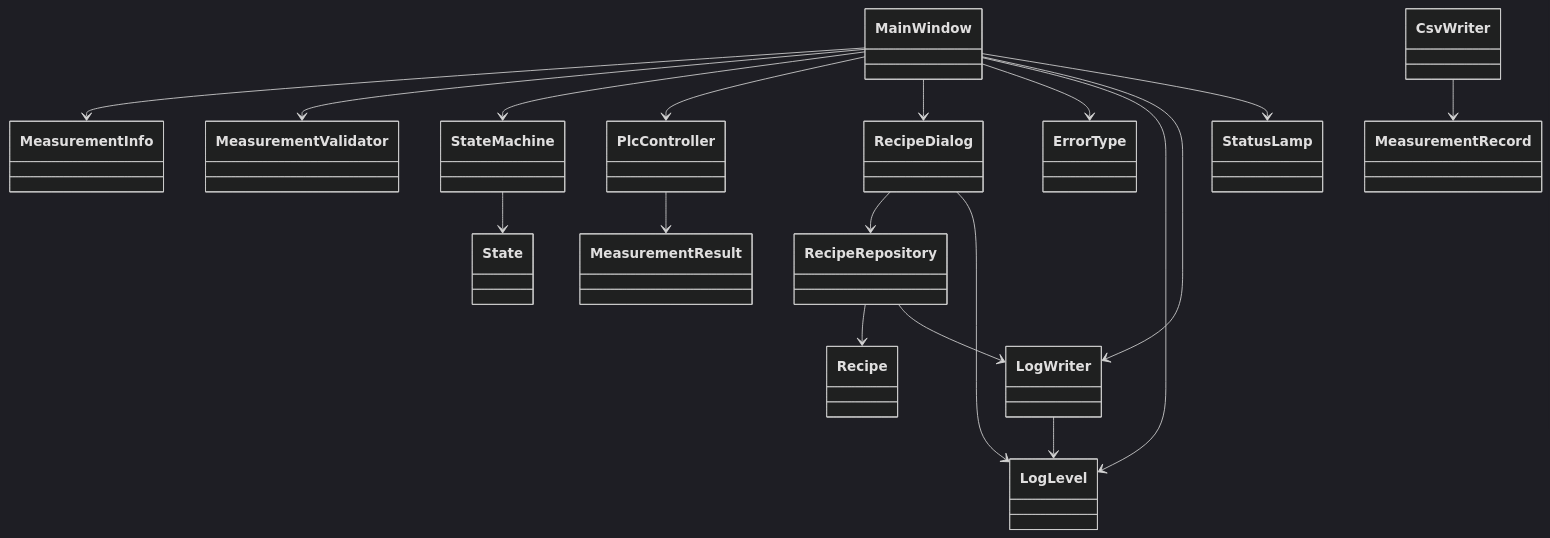
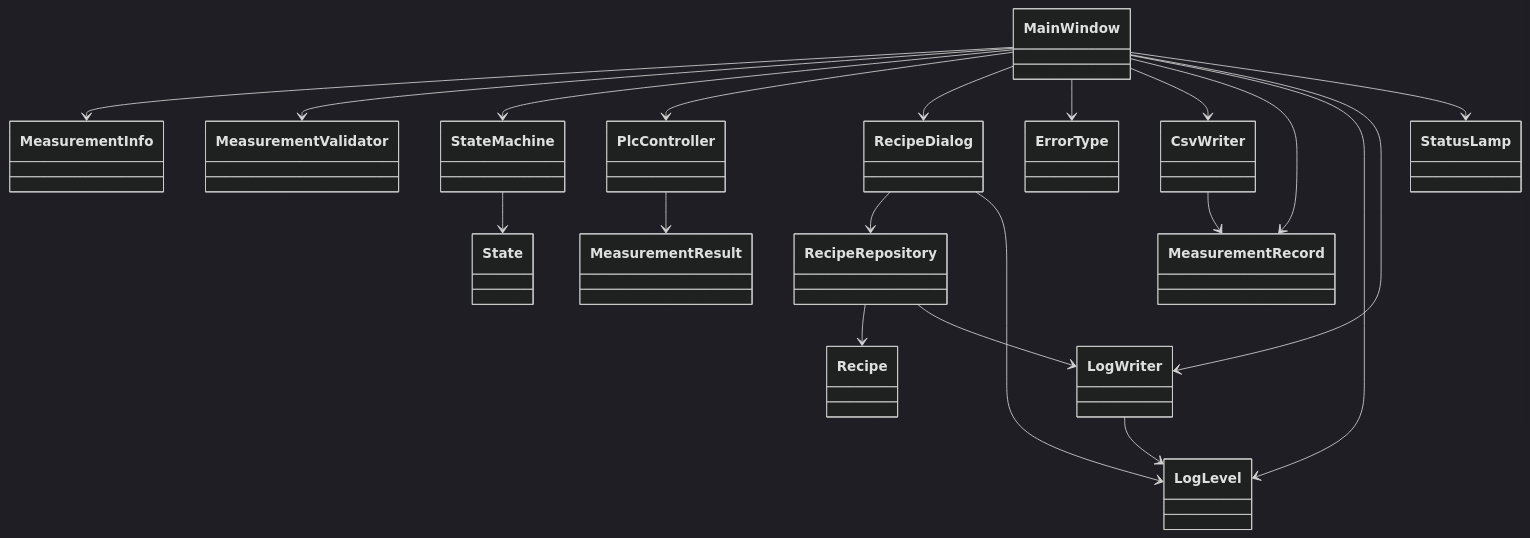
The first of 2 diagrams in docs/class_design.md (daiki-dev-jp/SIS_Semiconductor-Inspection-System), drawn with Mermaid (dark theme) before and after one commit. The commit also changed 1 other file, not shown here.

Commit message:
README,クラス図更新

````diff
--- a/docs/class_design.md
+++ b/docs/class_design.md
@@ -43,45 +43,47 @@
 ```mermaid
 classDiagram
 
 class MainWindow
 class MeasurementInfo
 class MeasurementResult
 class MeasurementValidator
 class State
 class StateMachine
 class PlcController
 class RecipeDialog
 class RecipeRepository
 class Recipe
 class CsvWriter
 class ErrorType
 class MeasurementRecord
 class LogWriter
 class LogLevel
 class StatusLamp
 
 MainWindow --> MeasurementInfo
 MainWindow --> MeasurementValidator
 MainWindow --> StateMachine
 MainWindow --> PlcController
 MainWindow --> RecipeDialog
 MainWindow --> ErrorType
+MainWindow --> CsvWriter
+MainWindow --> MeasurementRecord
 MainWindow --> LogLevel
 MainWindow --> LogWriter
 MainWindow --> StatusLamp
 
 PlcController --> MeasurementResult
 
 CsvWriter --> MeasurementRecord
 
 RecipeDialog --> RecipeRepository
 RecipeDialog --> LogLevel
 
 RecipeRepository --> Recipe
 
 StateMachine --> State
 
 RecipeRepository --> LogWriter
 
 LogWriter--> LogLevel
 ```
````
